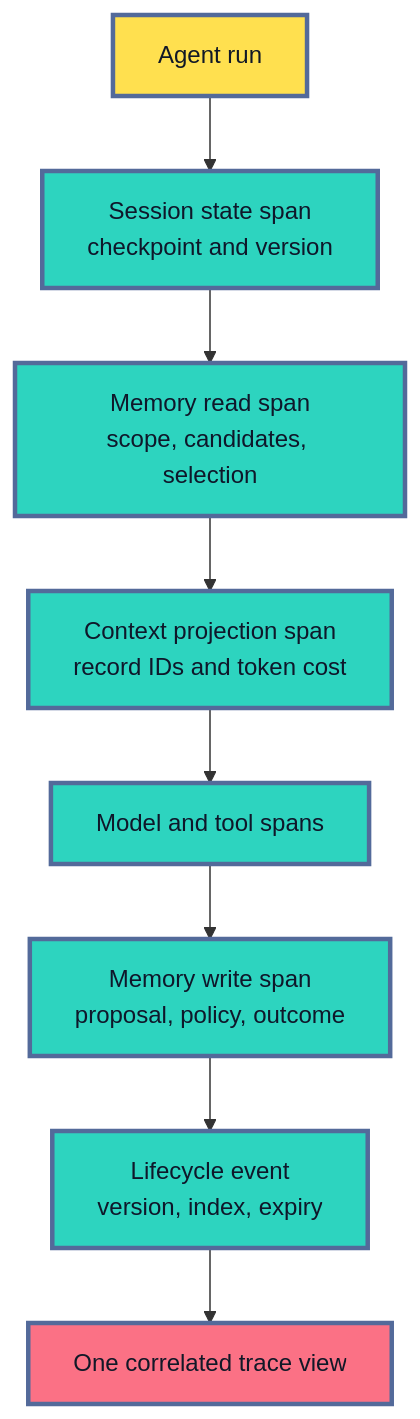
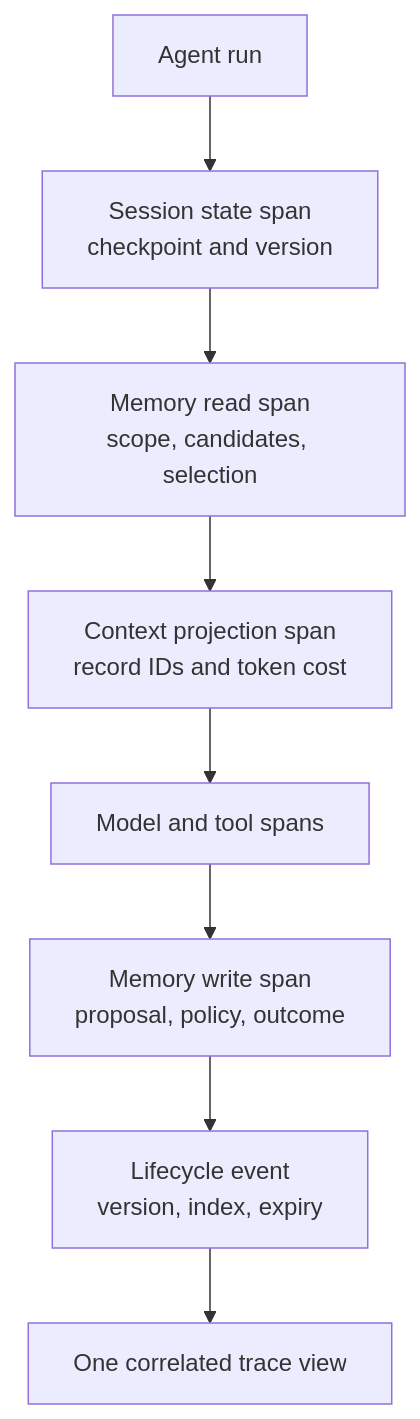
Diagram 12 of 14 in roadmaps/mlops/modules/llmops/context-engineering/03-memory-and-state.md (senlinyy/dev-roadmaps), drawn with Mermaid before and after one commit. The commit also changed other lines of this file and 152 other files, not shown here.

Commit message:
feat: mlops and diagrams updated

````diff
--- a/roadmaps/mlops/modules/llmops/context-engineering/03-memory-and-state.md
+++ b/roadmaps/mlops/modules/llmops/context-engineering/03-memory-and-state.md
@@ -717,17 +677,14 @@
 ```mermaid
 flowchart TD
     A["Agent run"] --> B["Session state span<br/>checkpoint and version"]
     B --> C["Memory read span<br/>scope, candidates, selection"]
     C --> D["Context projection span<br/>record IDs and token cost"]
     D --> E["Model and tool spans"]
     E --> F["Memory write span<br/>proposal, policy, outcome"]
     F --> G["Lifecycle event<br/>version, index, expiry"]
     G --> H["One correlated trace view"]
 
-    classDef run fill:#FFE04F,stroke:#536A9A,stroke-width:3px,color:#111827
-    classDef span fill:#2DD4BF,stroke:#536A9A,stroke-width:3px,color:#0F172A
-    classDef view fill:#FB7185,stroke:#536A9A,stroke-width:3px,color:#111827
     class A run
     class B,C,D,E,F,G span
     class H view
 ```
````
